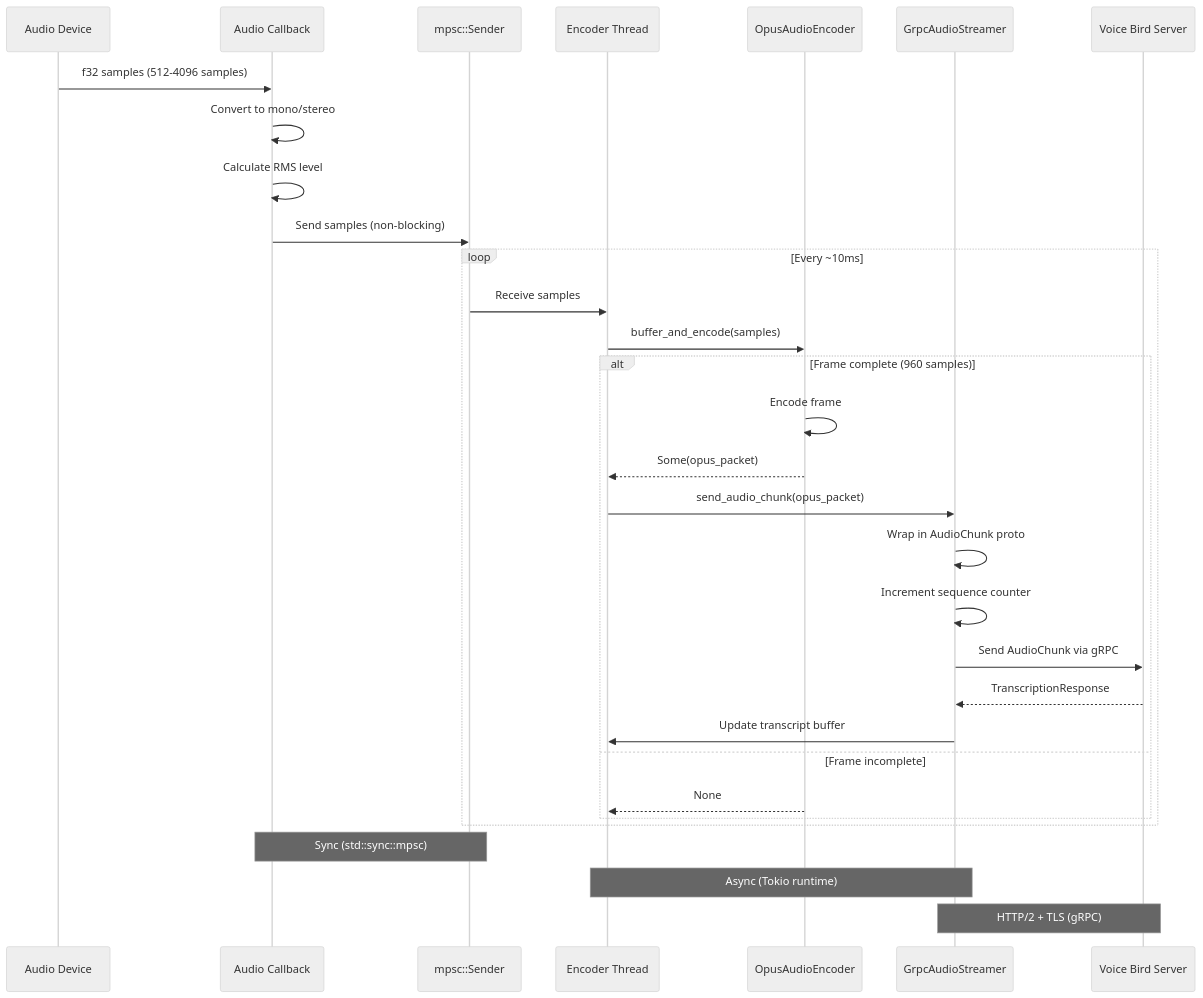
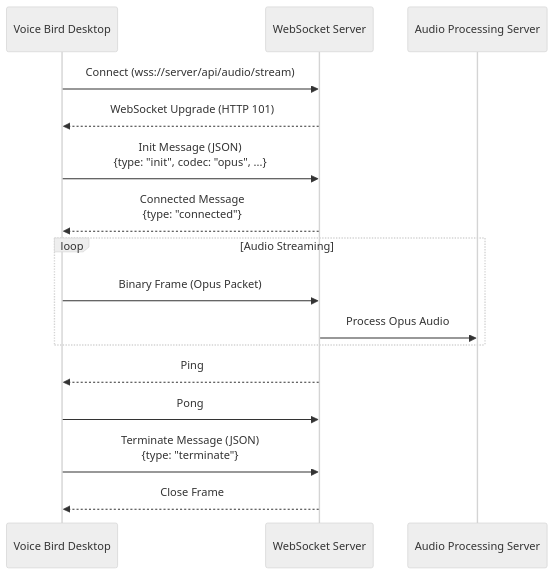
The fourth of 6 diagrams in DEPENDENCIES.md (RekunDzmitry/voice_bird_desktop), drawn with Mermaid (neutral theme) before and after one commit. The commit also changed other lines of this file and 15 other files, not shown here.

Commit message:
prepare for streaming to websocket of a server

````diff
--- a/DEPENDENCIES.md
+++ b/DEPENDENCIES.md
@@ -403,37 +334,23 @@
 ```mermaid
 sequenceDiagram
-    participant Device as Audio Device
-    participant Callback as Audio Callback
-    participant Channel as mpsc::Sender
-    participant Thread as Encoder Thread
-    participant Encoder as OpusAudioEncoder
-    participant Streamer as GrpcAudioStreamer
-    participant Server as Voice Bird Server
+    participant App as Voice Bird Desktop
+    participant WS as WebSocket Server
+    participant Server as Audio Processing Server
 
-    Device->>Callback: f32 samples (512-4096 samples)
-    Callback->>Callback: Convert to mono/stereo
-    Callback->>Callback: Calculate RMS level
-    Callback->>Channel: Send samples (non-blocking)
+    App->>WS: Connect (wss://server/api/audio/stream)
+    WS-->>App: WebSocket Upgrade (HTTP 101)
 
-    loop Every ~10ms
-        Channel->>Thread: Receive samples
-        Thread->>Encoder: buffer_and_encode(samples)
+    App->>WS: Init Message (JSON)<br/>{type: "init", codec: "opus", ...}
+    WS-->>App: Connected Message<br/>{type: "connected"}
 
-        alt Frame complete (960 samples)
-            Encoder->>Encoder: Encode frame
-            Encoder-->>Thread: Some(opus_packet)
-            Thread->>Streamer: send_audio_chunk(opus_packet)
-            Streamer->>Streamer: Wrap in AudioChunk proto
-            Streamer->>Streamer: Increment sequence counter
-            Streamer->>Server: Send AudioChunk via gRPC
-            Server-->>Streamer: TranscriptionResponse
-            Streamer->>Thread: Update transcript buffer
-        else Frame incomplete
-            Encoder-->>Thread: None
-        end
+    loop Audio Streaming
+        App->>WS: Binary Frame (Opus Packet)
+        WS->>Server: Process Opus Audio
     end
 
-    Note over Callback,Channel: Sync (std::sync::mpsc)
-    Note over Thread,Streamer: Async (Tokio runtime)
-    Note over Streamer,Server: HTTP/2 + TLS (gRPC)
+    WS-->>App: Ping
+    App->>WS: Pong
+
+    App->>WS: Terminate Message (JSON)<br/>{type: "terminate"}
+    WS-->>App: Close Frame
 ```
````
